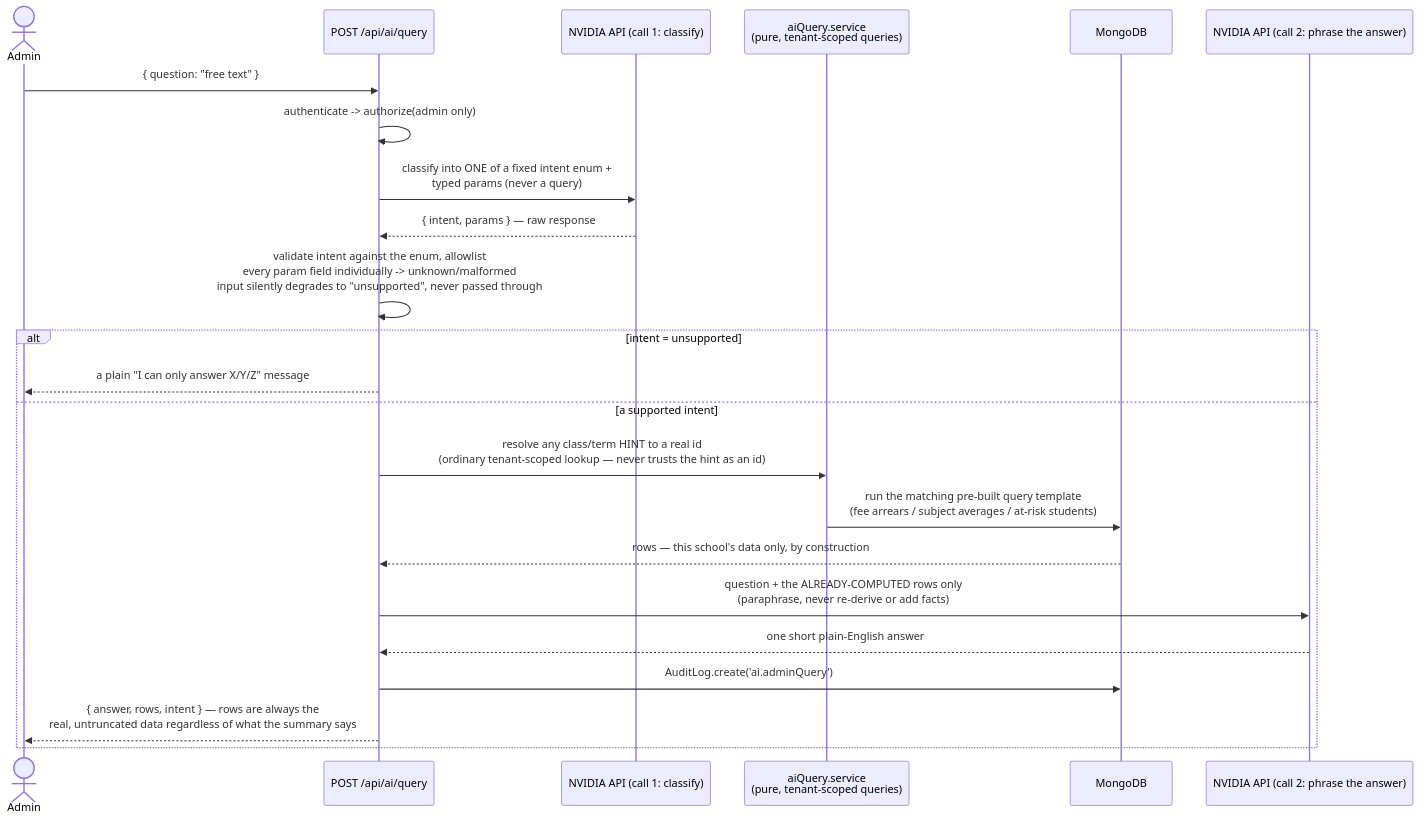
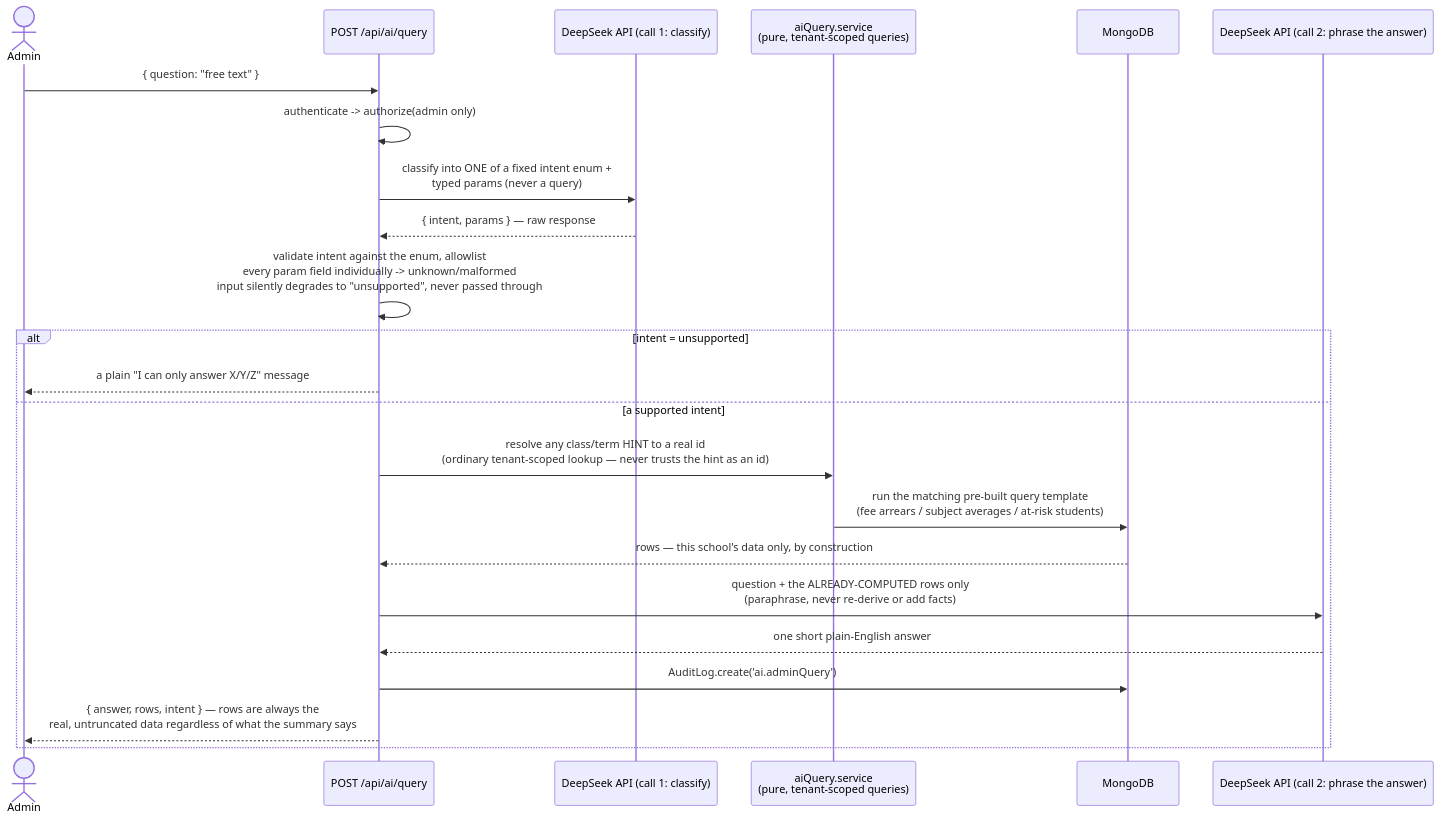
Before and after one commit to JuvelynSackey/school-management-system: diagram 23 of 26 in ARCHITECTURE.md, drawn with Mermaid. The commit also changed other lines of this file and 8 other files, not shown here.

First line of the commit message:
refactor(ai): swap NVIDIA Build for DeepSeek's own API (deepseek-v4-flash)

````diff
--- a/ARCHITECTURE.md
+++ b/ARCHITECTURE.md
@@ -743,26 +743,26 @@
 ```mermaid
 sequenceDiagram
     actor A as Admin
     participant API as POST /api/ai/query
-    participant AI as NVIDIA API (call 1: classify)
+    participant AI as DeepSeek API (call 1: classify)
     participant AQ as aiQuery.service<br/>(pure, tenant-scoped queries)
     participant DB as MongoDB
-    participant AI2 as NVIDIA API (call 2: phrase the answer)
+    participant AI2 as DeepSeek API (call 2: phrase the answer)
 
     A->>API: { question: "free text" }
     API->>API: authenticate -> authorize(admin only)
     API->>AI: classify into ONE of a fixed intent enum +<br/>typed params (never a query)
     AI-->>API: { intent, params } — raw response
     API->>API: validate intent against the enum, allowlist<br/>every param field individually -> unknown/malformed<br/>input silently degrades to "unsupported", never passed through
     alt intent = unsupported
         API-->>A: a plain "I can only answer X/Y/Z" message
     else a supported intent
         API->>AQ: resolve any class/term HINT to a real id<br/>(ordinary tenant-scoped lookup — never trusts the hint as an id)
         AQ->>DB: run the matching pre-built query template<br/>(fee arrears / subject averages / at-risk students)
         DB-->>API: rows — this school's data only, by construction
         API->>AI2: question + the ALREADY-COMPUTED rows only<br/>(paraphrase, never re-derive or add facts)
         AI2-->>API: one short plain-English answer
         API->>DB: AuditLog.create('ai.adminQuery')
         API-->>A: { answer, rows, intent } — rows are always the<br/>real, untruncated data regardless of what the summary says
     end
 ```
````
